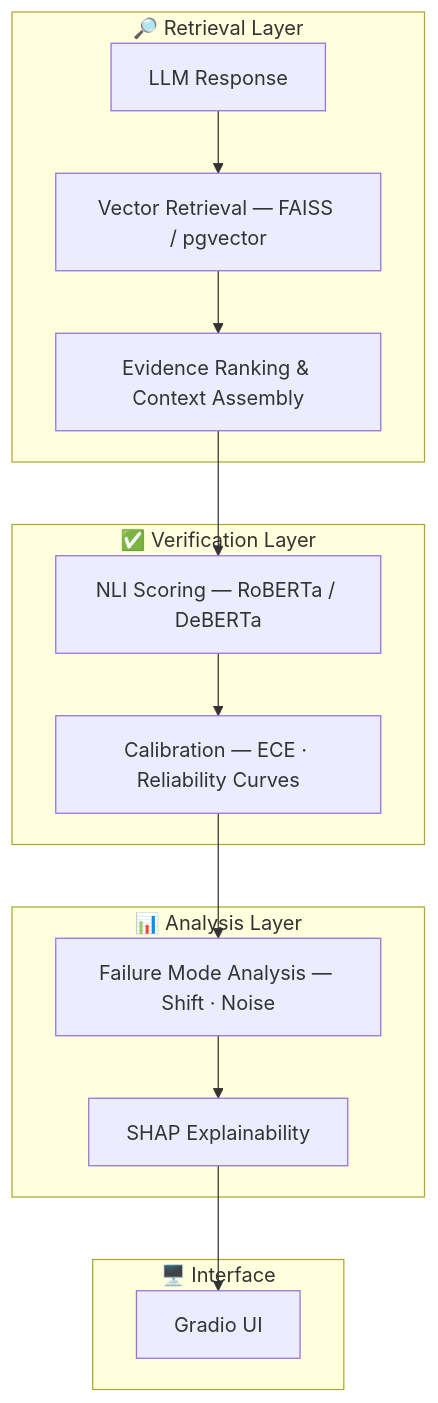
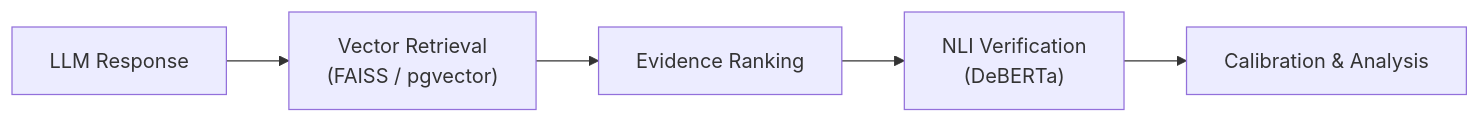
One commit to Viraj281105/Viraj281105 changed the third of 3 diagrams in README.md. Above: the diagram before and after it, drawn with Mermaid. The commit also changed other lines of this file, not shown here.

````diff
--- a/README.md
+++ b/README.md
@@ -336,23 +84,7 @@
 ```mermaid
-flowchart TD
-    subgraph Retrieval ["🔎 Retrieval Layer"]
-        A["LLM Response"] --> B["Vector Retrieval — FAISS / pgvector"]
-        B --> C["Evidence Ranking & Context Assembly"]
-    end
-
-    subgraph Verification ["✅ Verification Layer"]
-        D["NLI Scoring — RoBERTa / DeBERTa"]
-        E["Calibration — ECE · Reliability Curves"]
-    end
-
-    subgraph Analysis ["📊 Analysis Layer"]
-        F["Failure Mode Analysis — Shift · Noise"]
-        G["SHAP Explainability"]
-    end
-
-    subgraph Interface ["🖥️ Interface"]
-        H["Gradio UI"]
-    end
-
-    C --> D --> E --> F --> G --> H
+flowchart LR
+    A["LLM Response"] --> B["Vector Retrieval\n(FAISS / pgvector)"]
+    B --> C["Evidence Ranking"]
+    C --> D["NLI Verification\n(DeBERTa)"]
+    D --> E["Calibration & Analysis"]
 ```
````
